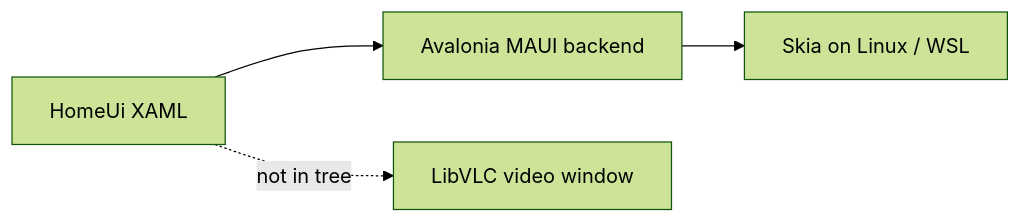
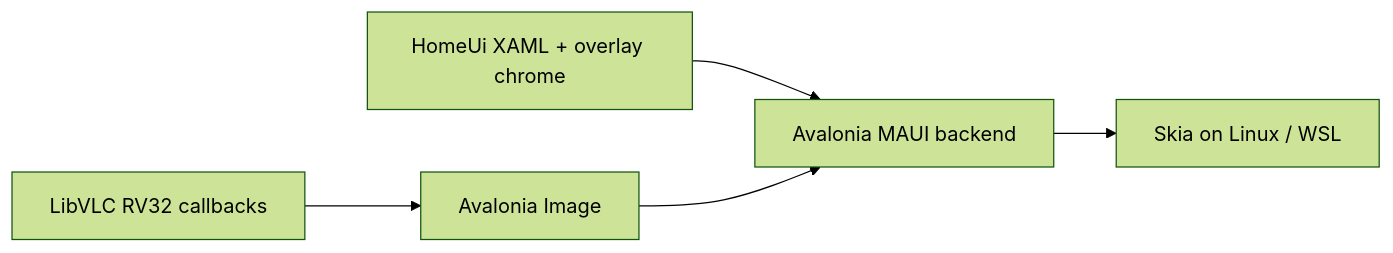
Before and after one commit to Vardy-Party/Client: the diagram in docs/LINUX_SUPPORT.md, drawn with Mermaid (forest theme). The commit also changed other lines of this file and 20 other files, not shown here.

First line of the commit message:
feat(desktop): composite LibVLC frames so Linux chrome overlays video

````diff
--- a/docs/LINUX_SUPPORT.md
+++ b/docs/LINUX_SUPPORT.md
@@ -10,6 +11,7 @@
 ```mermaid
 flowchart LR
-  XAML["HomeUi XAML"] --> Avalonia["Avalonia MAUI backend"]
-  XAML -.->|"not in tree"| VLC["LibVLC video window"]
+  XAML["HomeUi XAML + overlay chrome"] --> Avalonia["Avalonia MAUI backend"]
+  VLC["LibVLC RV32 callbacks"] --> Image["Avalonia Image"]
+  Image --> Avalonia
   Avalonia --> Skia["Skia on Linux / WSL"]
 ```
````
